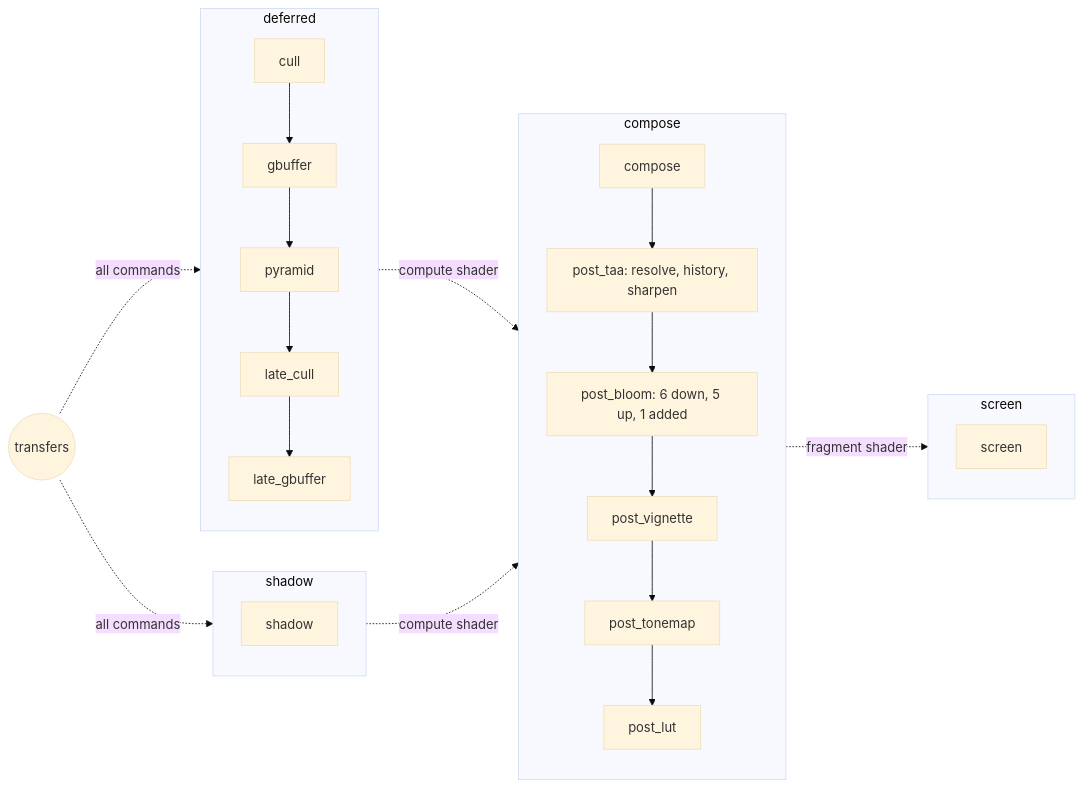
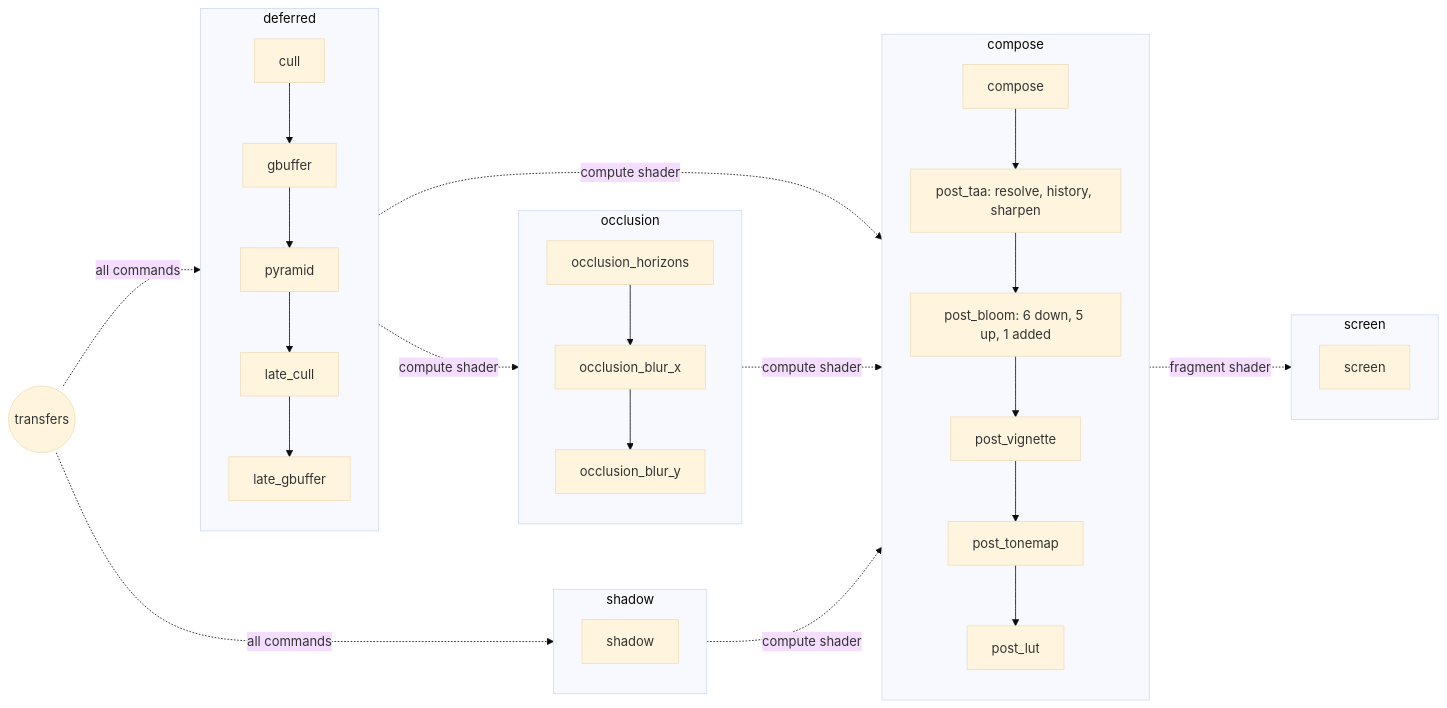
Before and after one commit to Kag-k-thun/Balder: the diagram in doc/render-graph.md, drawn with Mermaid (base theme). The commit also changed other lines of this file, not shown here.

Commit message:
[BAL-90][graph] docs: describe the ambient occlusion, its subpass between the g-buffer and the composition and its images

````diff
--- a/doc/render-graph.md
+++ b/doc/render-graph.md
@@ -130,21 +131,26 @@
 ```mermaid
 flowchart LR
     transfers((transfers))
     subgraph deferred
         cull --> gbuffer --> pyramid --> late_cull --> late_gbuffer
     end
     subgraph shadow
         shadow_map[shadow]
     end
+    subgraph occlusion
+        horizons[occlusion_horizons] --> blur_x[occlusion_blur_x] --> blur_y[occlusion_blur_y]
+    end
     subgraph compose
         composition[compose] --> taa[post_taa: resolve, history, sharpen] --> bloom[post_bloom: 6 down, 5 up, 1 added] --> vignette[post_vignette] --> tonemap[post_tonemap] --> lut[post_lut]
     end
     subgraph screen
         widgets[screen]
     end
     transfers -. all commands .-> deferred
     transfers -. all commands .-> shadow
+    deferred -. compute shader .-> occlusion
     deferred -. compute shader .-> compose
+    occlusion -. compute shader .-> compose
     shadow -. compute shader .-> compose
     compose -. fragment shader .-> screen
 ```
````
